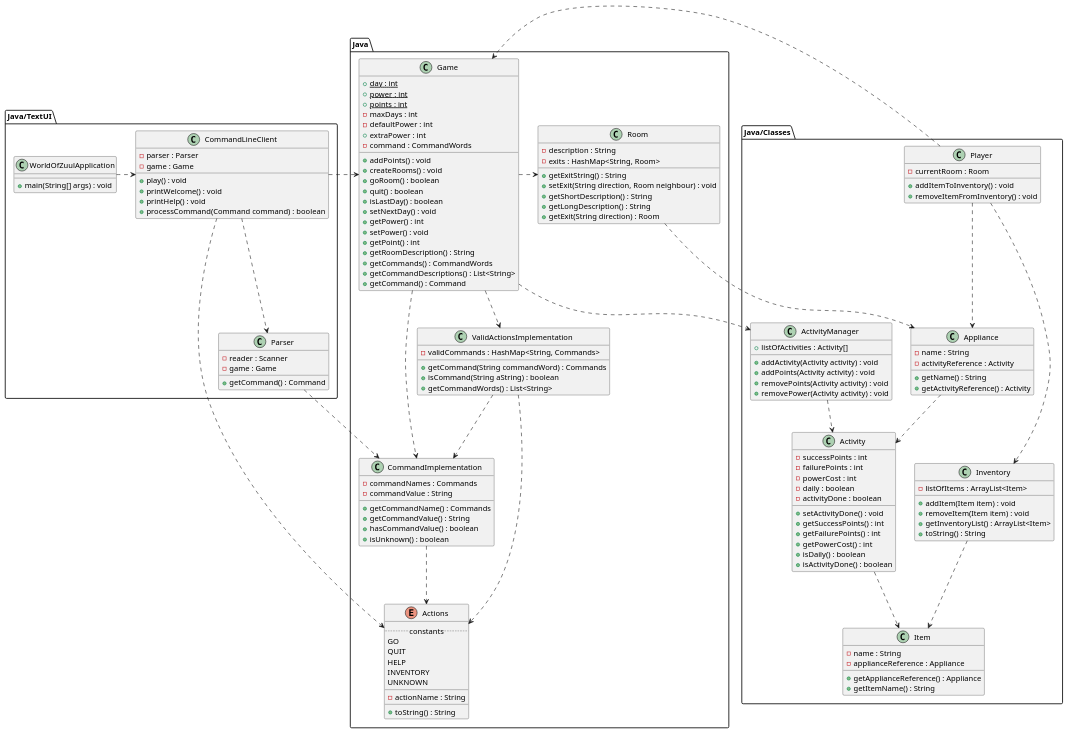
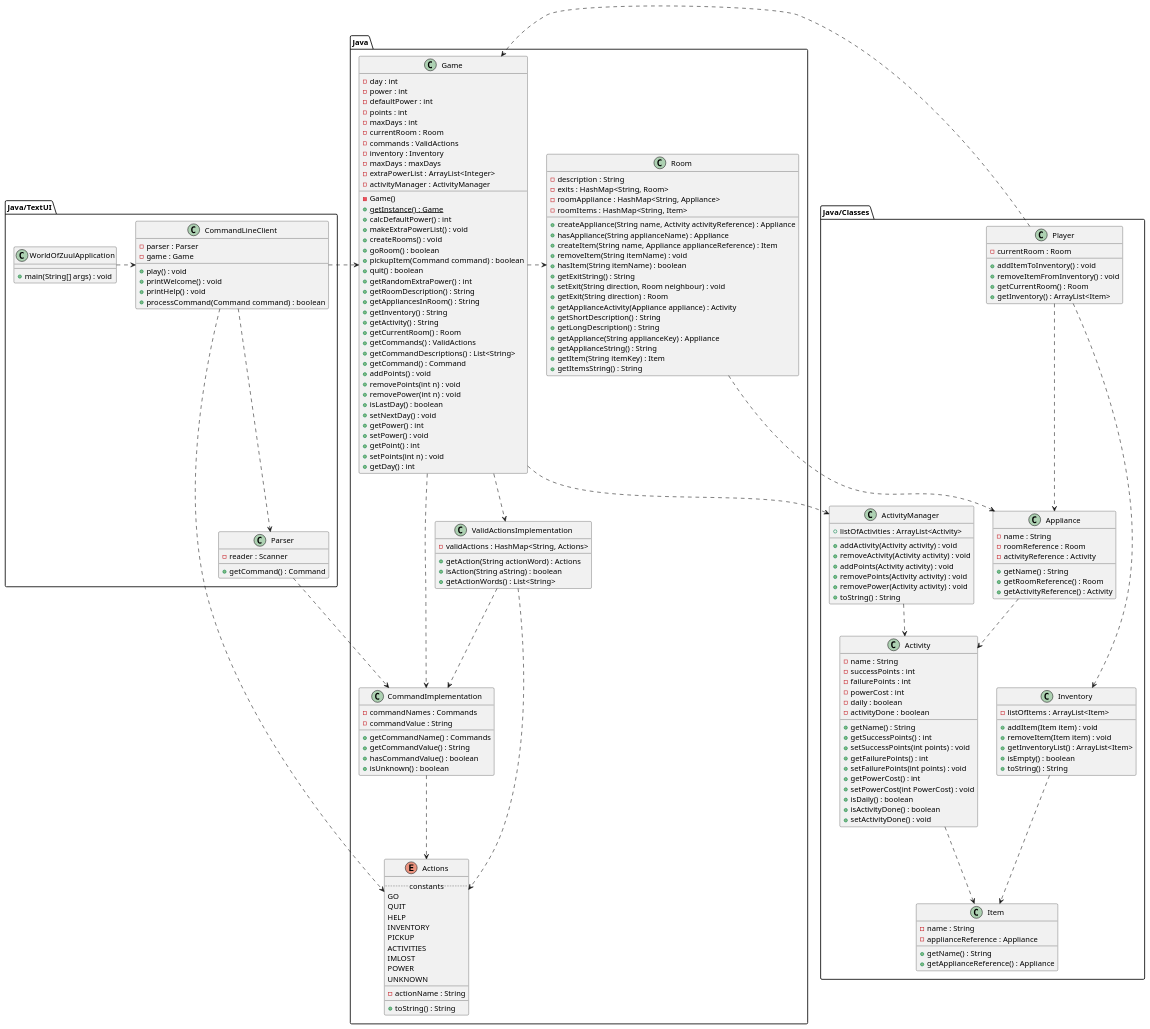
Before and after one commit to midnightrocket-archive/SemesterProject1: the diagram in PUML/PUMLdiagram_version_3.puml, drawn with PlantUML. The commit also changed 16 other files, not shown here.

```diff
--- a/PUML/PUMLdiagram_version_3.puml
+++ b/PUML/PUMLdiagram_version_3.puml
@@ -2,41 +2,70 @@
 
 package "Java" {
 	class Game {
-		+ {static} day : int
-		+ {static} power : int
-		+ {static} points : int
+		- day : int
+		- power : int
+		- defaultPower : int
+		- points : int
 		- maxDays : int
-		- defaultPower : int
-		+ extraPower : int
-		- command : CommandWords
-		+ addPoints() : void
+		- currentRoom : Room
+		- commands : ValidActions
+		- inventory : Inventory
+		- maxDays : maxDays
+		- extraPowerList : ArrayList<Integer>
+		- activityManager : ActivityManager
+		- Game()
+		+ {static} getInstance() : Game
+		+ calcDefaultPower() : int
+		+ makeExtraPowerList() : void
 		+ createRooms() : void
 		+ goRoom() : boolean
+		+ pickupItem(Command command) : boolean
 		+ quit() : boolean
+		+ getRandomExtraPower() : int
+		+ getRoomDescription() : String
+		+ getAppliancesInRoom() : String
+		+ getInventory() : String
+		+ getActivity() : String
+		+ getCurrentRoom() : Room
+		+ getCommands() : ValidActions
+		+ getCommandDescriptions() : List<String>
+		+ getCommand() : Command
+		+ addPoints() : void
+        + removePoints(int n) : void
+        + removePower(int n) : void
 		+ isLastDay() : boolean
 		+ setNextDay() : void
 		+ getPower() : int
 		+ setPower() : void
 		+ getPoint() : int
-		+ getRoomDescription() : String
-		+ getCommands() : CommandWords
-		+ getCommandDescriptions() : List<String>
-		+ getCommand() : Command
+        + setPoints(int n) : void
+        + getDay() : int
 	}
 
 	class Room {
 		- description : String
 		- exits : HashMap<String, Room>
+		- roomAppliance : HashMap<String, Appliance>
+		- roomItems : HashMap<String, Item>
+		+ createAppliance(String name, Activity activityReference) : Appliance
+		+ hasAppliance(String applianceName) : Appliance
+		+ createItem(String name, Appliance applianceReference) : Item
+		+ removeItem(String itemName) : void
+		+ hasItem(String itemName) : boolean
 		+ getExitString() : String
 		+ setExit(String direction, Room neighbour) : void
+		+ getExit(String direction) : Room
+		+ getApplianceActivity(Appliance appliance) : Activity
 		+ getShortDescription() : String
 		+ getLongDescription() : String
-		+ getExit(String direction) : Room
-
+		+ getAppliance(String applianceKey) : Appliance
+		+ getApplianceString() : String
+		+ getItem(String itemKey) : Item
+		+ getItemsString() : String
 	}
 
 	' interface Command {
-	'     + getCommandName() : Commands
+	'     + getCommandName() : Actions
 	'     + getCommandValue() : String
 	'     + hasCommandValue() : boolean
 	'     + isUnknown() : boolean
@@ -52,16 +81,16 @@
 	}
 
 	' interface ValidActions {
-	'     + getCommand(String commandWord) : Commands
-	'     + isCommand(String aString) : boolean
-	'     + getCommandWords() : List<String>
+	'     + getAction(String commandWord) : Actions
+	'     + isAction(String aString) : boolean
+	'     + getActionWords() : List<String>
 	' }
 
 	class ValidActionsImplementation {
-		- validCommands : HashMap<String, Commands>
-		+ getCommand(String commandWord) : Commands
-		+ isCommand(String aString) : boolean
-		+ getCommandWords() : List<String>
+		- validActions : HashMap<String, Actions>
+		+ getAction(String actionWord) : Actions
+		+ isAction(String aString) : boolean
+		+ getActionWords() : List<String>
 	}
 
 	enum Actions {
@@ -70,6 +99,10 @@
 		QUIT
 		HELP
 		INVENTORY
+		PICKUP
+		ACTIVITIES
+		IMLOST
+		POWER
 		UNKNOWN
 		__
 		- actionName : String
@@ -87,7 +120,6 @@
 
     class Parser {
         - reader : Scanner
-        - game : Game
         + getCommand() : Command
     }
 
@@ -108,6 +140,8 @@
 		- currentRoom : Room
 		+ addItemToInventory() : void
 		+ removeItemFromInventory() : void
+		+ getCurrentRoom() : Room
+		+ getInventory() : ArrayList<Item>
 	}
 
 
@@ -116,6 +150,7 @@
 		+ addItem(Item item) : void
 		+ removeItem(Item item) : void
 		+ getInventoryList() : ArrayList<Item>
+		+ isEmpty() : boolean
 		+ toString() : String
 	}
 
@@ -123,40 +158,49 @@
 	class Item {
 		- name : String
 		- applianceReference : Appliance
+		+ getName() : String
 		+ getApplianceReference() : Appliance
-		+ getItemName() : String
 	}
 
 
 	class Appliance {
 		- name : String
+		- roomReference : Room
 		- activityReference : Activity
 		+ getName() : String
+		+ getRoomReference() : Room
 		+ getActivityReference() : Activity
 	}
 
 
 	class ActivityManager {
-		+ listOfActivities : Activity[]
+		+ listOfActivities : ArrayList<Activity>
 		+ addActivity(Activity activity) : void
+		+ removeActivity(Activity activity) : void
 		+ addPoints(Activity activity) : void
 		+ removePoints(Activity activity) : void
 		+ removePower(Activity activity) : void
+		+ toString() : String
 	}
 
 
 	class Activity {
+	    - name : String
 		- successPoints : int
 		- failurePoints : int
 		- powerCost : int
 		- daily : boolean
 		- activityDone : boolean
-		+ setActivityDone() : void
+		+ getName() : String
 		+ getSuccessPoints() : int
+		+ setSuccessPoints(int points) : void
 		+ getFailurePoints() : int
+		+ setFailurePoints(int points) : void
 		+ getPowerCost() : int
+		+ setPowerCost(int PowerCost) : void
 		+ isDaily() : boolean
 		+ isActivityDone() : boolean
+		+ setActivityDone() : void
 	}
 }
 
```
